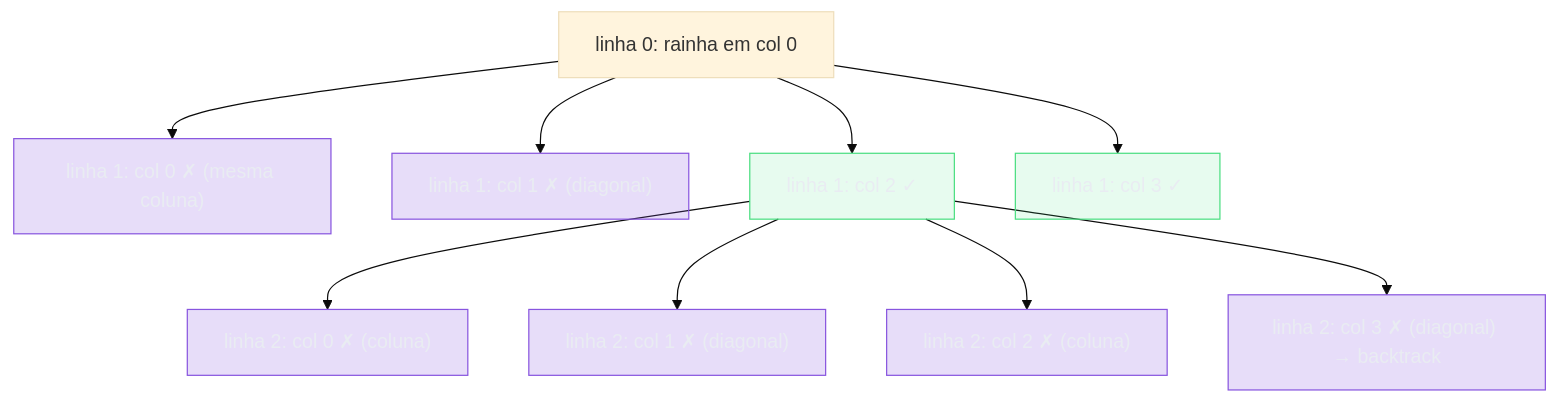
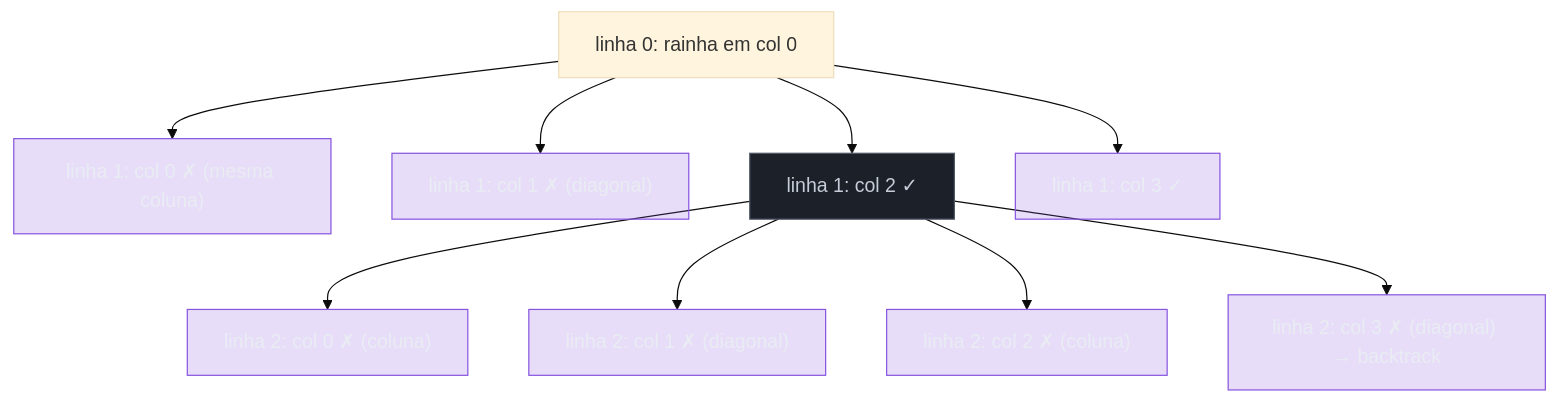
One commit to josenaldo/codex-technomanticus changed the fifth of 6 diagrams in 03-Dominios/Ciência/Algoritmos/12 - Backtracking.md. Above: the diagram before and after it, drawn with Mermaid (base theme). The commit also changed other lines of this file and 601 other files, not shown here.

````diff
--- a/03-Dominios/Ciência/Algoritmos/12 - Backtracking.md
+++ b/03-Dominios/Ciência/Algoritmos/12 - Backtracking.md
@@ -282,22 +282,22 @@
 ```mermaid
 flowchart TD
+    classDef neutro fill:#1B2029,stroke:#4E5666,color:#C6CCD8
     classDef marca fill:#8855DF33,stroke:#8855DF,color:#E9ECF2
-    classDef ok fill:#4ADE8021,stroke:#4ADE80,color:#E9ECF2
     L0["linha 0: rainha em col 0"] --> L1a["linha 1: col 0 ✗ (mesma coluna)"]
     L0 --> L1b["linha 1: col 1 ✗ (diagonal)"]
     L0 --> L1c["linha 1: col 2 ✓"]
     L0 --> L1d["linha 1: col 3 ✓"]
     L1c --> L2a["linha 2: col 0 ✗ (coluna)"]
     L1c --> L2b["linha 2: col 1 ✗ (diagonal)"]
     L1c --> L2c["linha 2: col 2 ✗ (coluna)"]
     L1c --> L2d["linha 2: col 3 ✗ (diagonal) → backtrack"]
 
     class L1a marca
     class L1b marca
     class L2a marca
     class L2b marca
     class L2c marca
     class L2d marca
-    class L1c ok
-    class L1d ok
+    class L1c neutro
+    class L1d marca
 ```
````
